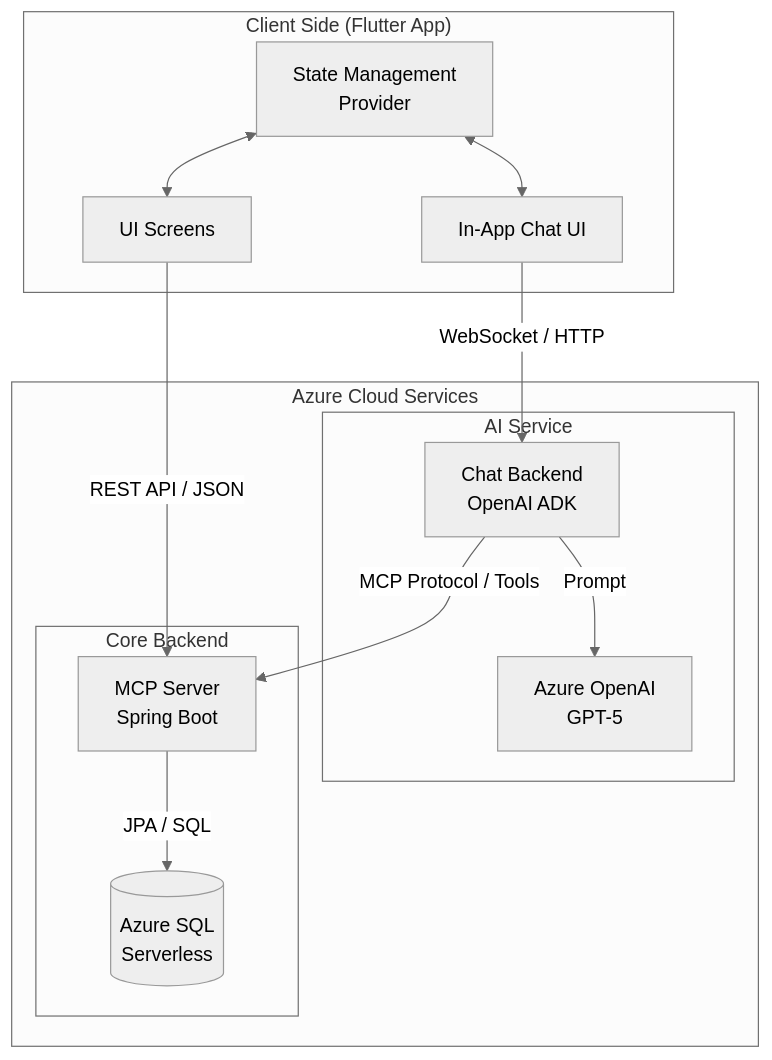
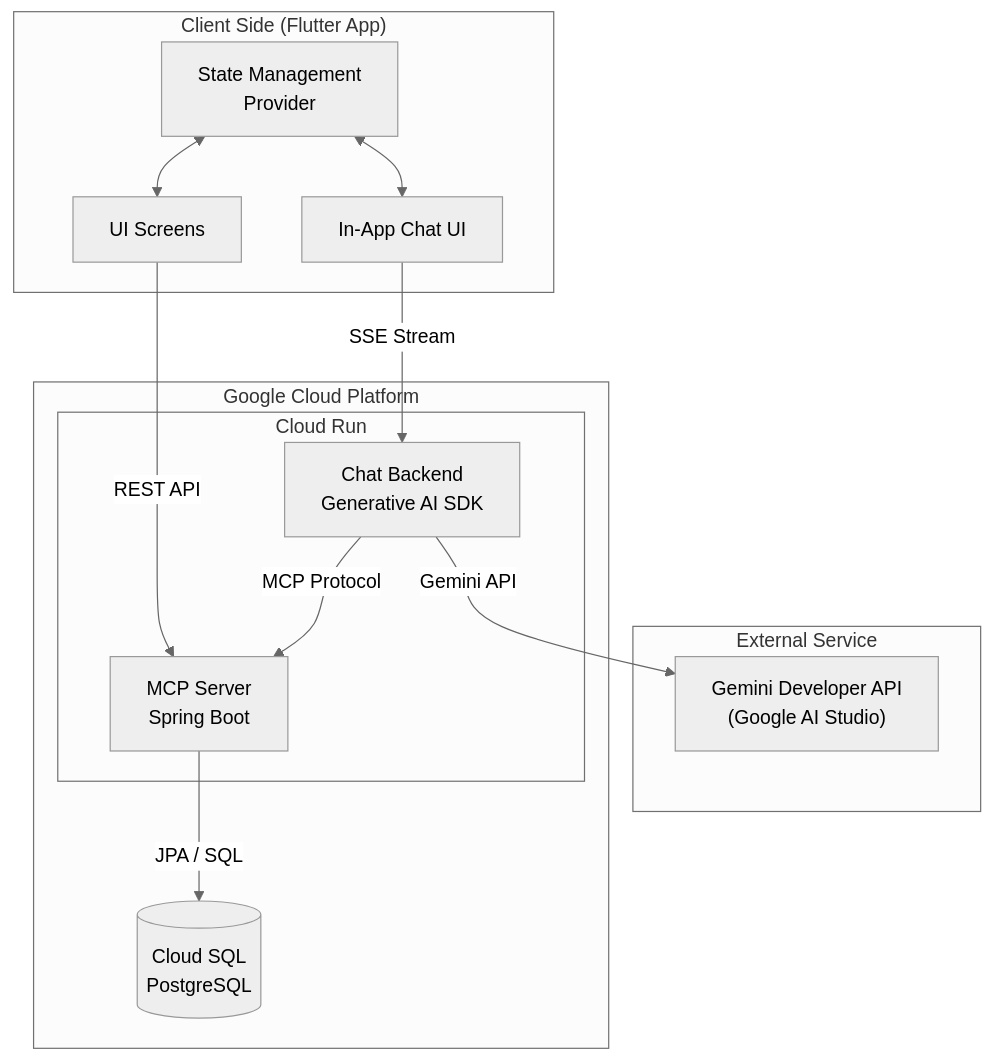
Before and after one commit to skipandsnow/toastlabplus: the first of 26 diagrams in docs/implementation_plan.md, drawn with Mermaid (neutral theme). The commit also changed other lines of this file and 26 other files, not shown here.

Commit message:
v1.7: 功能細節完善與 UI 更新 - FCM 通知系統設計與設定指南 - Gemini 3 Pro Preview 升級與定價說明 - Agenda PDF 產生改用原始 Excel 模板 - 新增 6 個宮崎駿風格 UI 雛型圖 - 簡化 GCP 環境建置圖

````diff
--- a/docs/implementation_plan.md
+++ b/docs/implementation_plan.md
@@ -14,29 +21,30 @@
 ```mermaid
 flowchart TB
     subgraph ClientSide ["Client Side (Flutter App)"]
         UI["UI Screens"]
         ChatUI["In-App Chat UI"]
         State["State Management<br/>Provider"]
     end
     
-    subgraph AzureCloud ["Azure Cloud Services"]
-        subgraph AIService ["AI Service"]
-            ChatBackend["Chat Backend<br/>OpenAI ADK"]
-            GPT["Azure OpenAI<br/>GPT-5"]
+    subgraph External ["External Service"]
+        GeminiAPI["Gemini Developer API<br/>(Google AI Studio)"]
+    end
+    
+    subgraph GCP ["Google Cloud Platform"]
+        subgraph CloudRun ["Cloud Run"]
+            ChatBackend["Chat Backend<br/>Generative AI SDK"]
+            MCP["MCP Server<br/>Spring Boot"]
         end
         
-        subgraph CoreBackend ["Core Backend"]
-            MCP["MCP Server<br/>Spring Boot"]
-            DB[("Azure SQL<br/>Serverless")]
-        end
+        DB[("Cloud SQL<br/>PostgreSQL")]
     end
     
-    UI -->|"REST API / JSON"| MCP
-    ChatUI -->|"WebSocket / HTTP"| ChatBackend
-    ChatBackend -->|"Prompt"| GPT
-    ChatBackend -->|"MCP Protocol / Tools"| MCP
+    UI -->|"REST API"| MCP
+    ChatUI -->|"SSE Stream"| ChatBackend
+    ChatBackend -->|"Gemini API"| GeminiAPI
+    ChatBackend -->|"MCP Protocol"| MCP
     MCP -->|"JPA / SQL"| DB
     
     State <--> UI
     State <--> ChatUI
 ```
````
